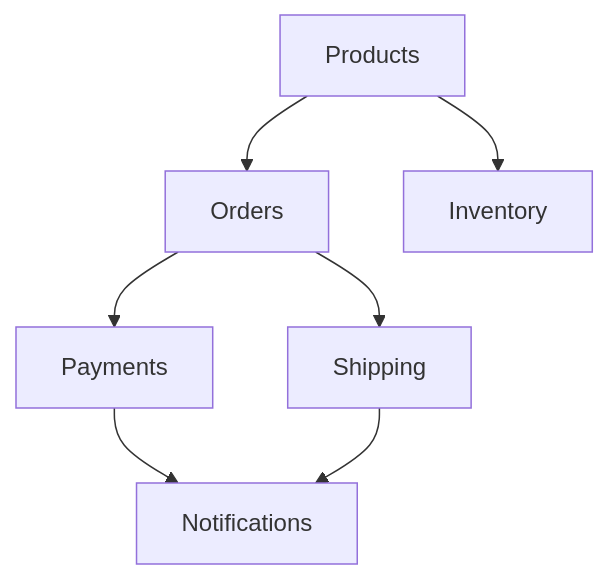
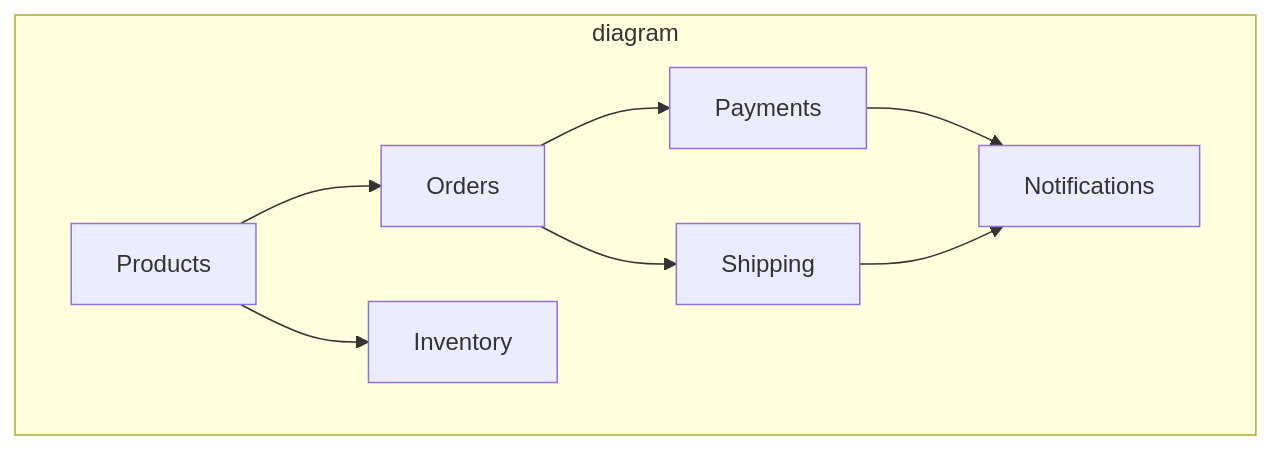
One commit to kimjj81/kimjj81.github.io changed the first of 6 diagrams in source/_posts/2025-08-19-스파게티-코드는-그만-계층형-데이터-구조와-Aggregator-패턴.md. Above: the diagram before and after it, drawn with Mermaid. The commit also changed other lines of this file and 1 other file, not shown here.

````diff
--- a/source/_posts/2025-08-19-스파게티-코드는-그만-계층형-데이터-구조와-Aggregator-패턴.md
+++ b/source/_posts/2025-08-19-스파게티-코드는-그만-계층형-데이터-구조와-Aggregator-패턴.md
@@ -162,9 +162,11 @@
 ```mermaid
 flowchart TD
-  P[Products] --> O[Orders]
-  P --> I[Inventory]
-  O --> Pay[Payments]
-  O --> S[Shipping]
-  Pay --> N[Notifications]
-  S --> N
+  subgraph diagram
+    P["Products"]-->O["Orders"]
+    P-->I["Inventory"]
+    O-->Pay["Payments"]
+    O-->S["Shipping"]
+    Pay-->N["Notifications"]
+    S-->N
+  end
 ```
````
